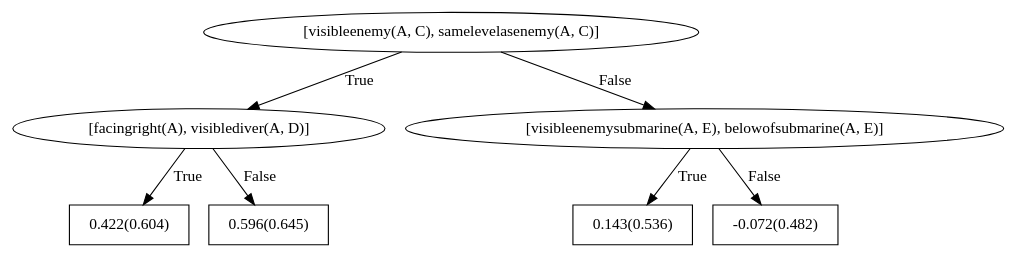
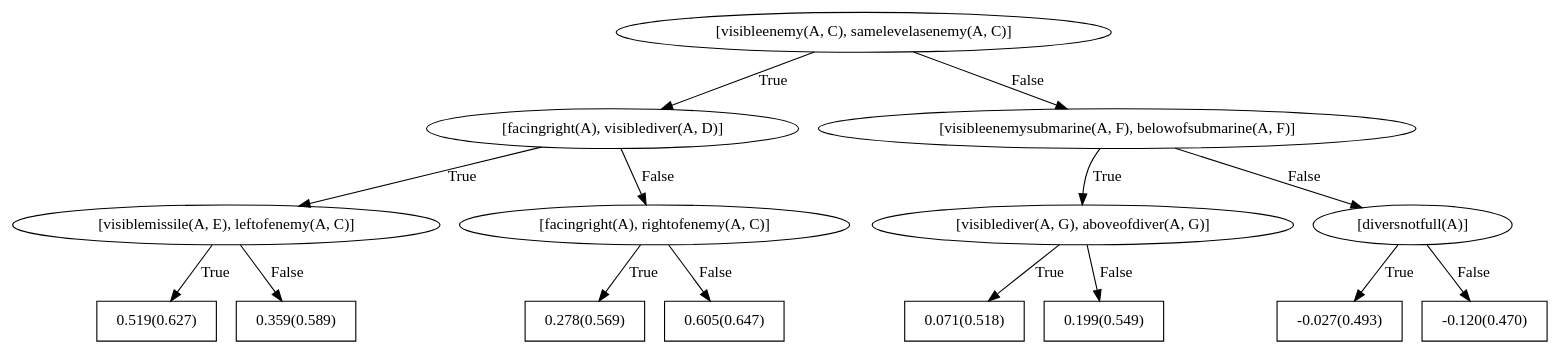
Before and after one commit to nikhileshp/NeSY-Imitation-Learning: the diagram in rdn_models/seaquest/all/negpos_2_trees_1_depth_2/fire/seed_123/bRDNs/dotFiles/WILLTreeFor_action0.dot, drawn with Graphviz. The commit also changed 4963 other files, not shown here.

```diff
--- a/rdn_models/seaquest/all/negpos_2_trees_1_depth_2/fire/seed_123/bRDNs/dotFiles/WILLTreeFor_action0.dot
+++ b/rdn_models/seaquest/all/negpos_2_trees_1_depth_2/fire/seed_123/bRDNs/dotFiles/WILLTreeFor_action0.dot
@@ -1,15 +1,31 @@
 digraph G{ 
 1[label = "[visibleenemy(A, C), samelevelasenemy(A, C)]"];
 1 -> 2[label="True"];
 1 -> 3[label="False"];
 2[label = "[facingright(A), visiblediver(A, D)]"];
 2 -> 4[label="True"];
 2 -> 5[label="False"];
-4[shape = box,label = "0.422(0.604)"];
-5[shape = box,label = "0.596(0.645)"];
-3[label = "[visibleenemysubmarine(A, E), belowofsubmarine(A, E)]"];
-3 -> 6[label="True"];
-3 -> 7[label="False"];
-6[shape = box,label = "0.143(0.536)"];
-7[shape = box,label = "-0.072(0.482)"];
+4[label = "[visiblemissile(A, E), leftofenemy(A, C)]"];
+4 -> 6[label="True"];
+4 -> 7[label="False"];
+6[shape = box,label = "0.519(0.627)"];
+7[shape = box,label = "0.359(0.589)"];
+5[label = "[facingright(A), rightofenemy(A, C)]"];
+5 -> 8[label="True"];
+5 -> 9[label="False"];
+8[shape = box,label = "0.278(0.569)"];
+9[shape = box,label = "0.605(0.647)"];
+3[label = "[visibleenemysubmarine(A, F), belowofsubmarine(A, F)]"];
+3 -> 10[label="True"];
+3 -> 11[label="False"];
+10[label = "[visiblediver(A, G), aboveofdiver(A, G)]"];
+10 -> 12[label="True"];
+10 -> 13[label="False"];
+12[shape = box,label = "0.071(0.518)"];
+13[shape = box,label = "0.199(0.549)"];
+11[label = "[diversnotfull(A)]"];
+11 -> 14[label="True"];
+11 -> 15[label="False"];
+14[shape = box,label = "-0.027(0.493)"];
+15[shape = box,label = "-0.120(0.470)"];
 }
```
